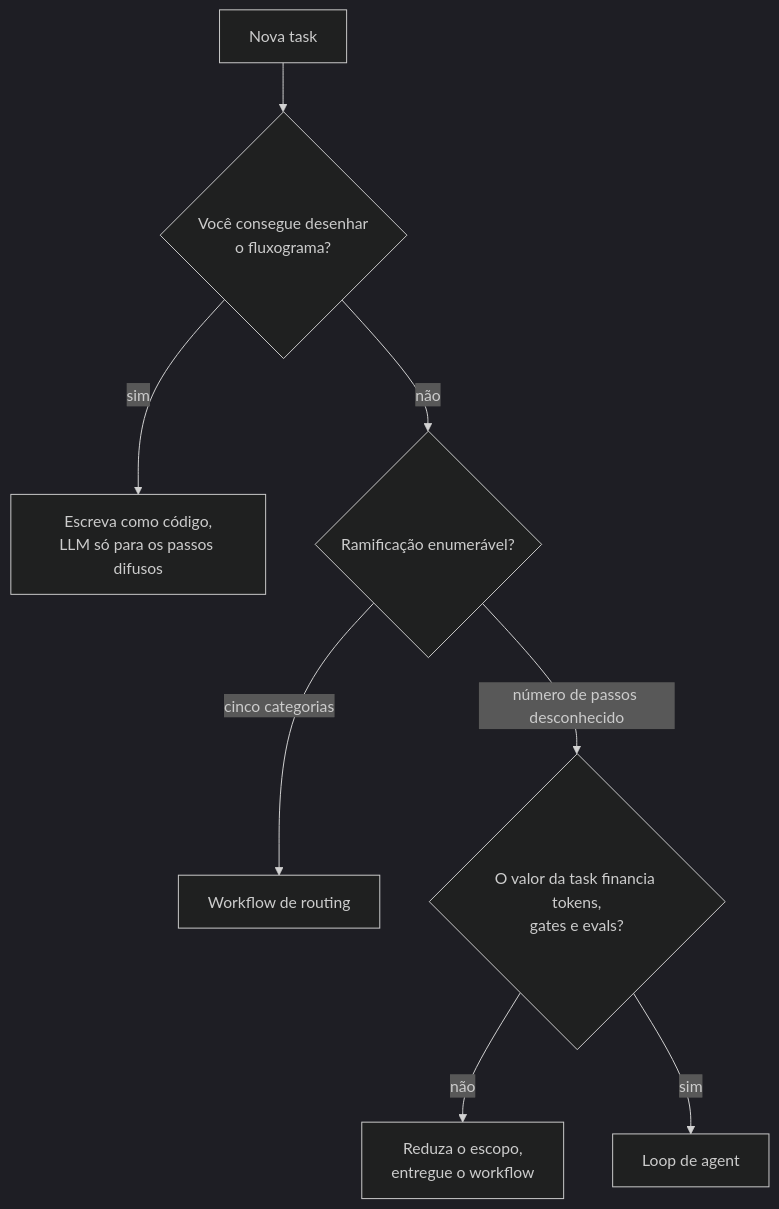
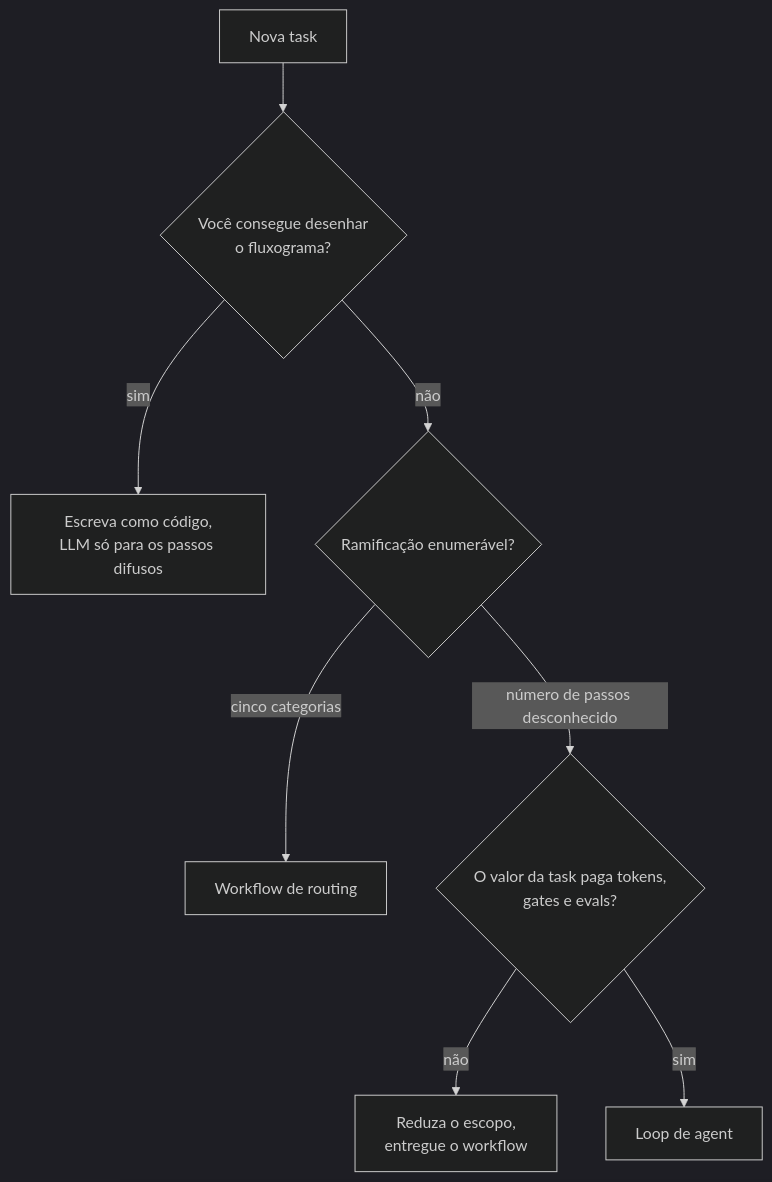
One commit to andrevberaldo/AI-Engineer-Interview-Questions changed the second of 34 diagrams in 06-agents-and-tool-use/questions.pt-BR.md. Above: the diagram before and after it, drawn with Mermaid (dark theme). The commit also changed other lines of this file and 1 other file, not shown here.

````diff
--- a/06-agents-and-tool-use/questions.pt-BR.md
+++ b/06-agents-and-tool-use/questions.pt-BR.md
@@ -61,10 +61,10 @@
 ```mermaid
 flowchart TD
     A["Nova task"] --> B{"Você consegue desenhar<br/>o fluxograma?"}
     B -->|"sim"| C["Escreva como código,<br/>LLM só para os passos difusos"]
     B -->|"não"| D{"Ramificação enumerável?"}
     D -->|"cinco categorias"| E["Workflow de routing"]
-    D -->|"número de passos desconhecido"| F{"O valor da task financia tokens,<br/>gates e evals?"}
+    D -->|"número de passos desconhecido"| F{"O valor da task paga tokens,<br/>gates e evals?"}
     F -->|"não"| G["Reduza o escopo,<br/>entregue o workflow"]
     F -->|"sim"| H["Loop de agent"]
 ```
````
